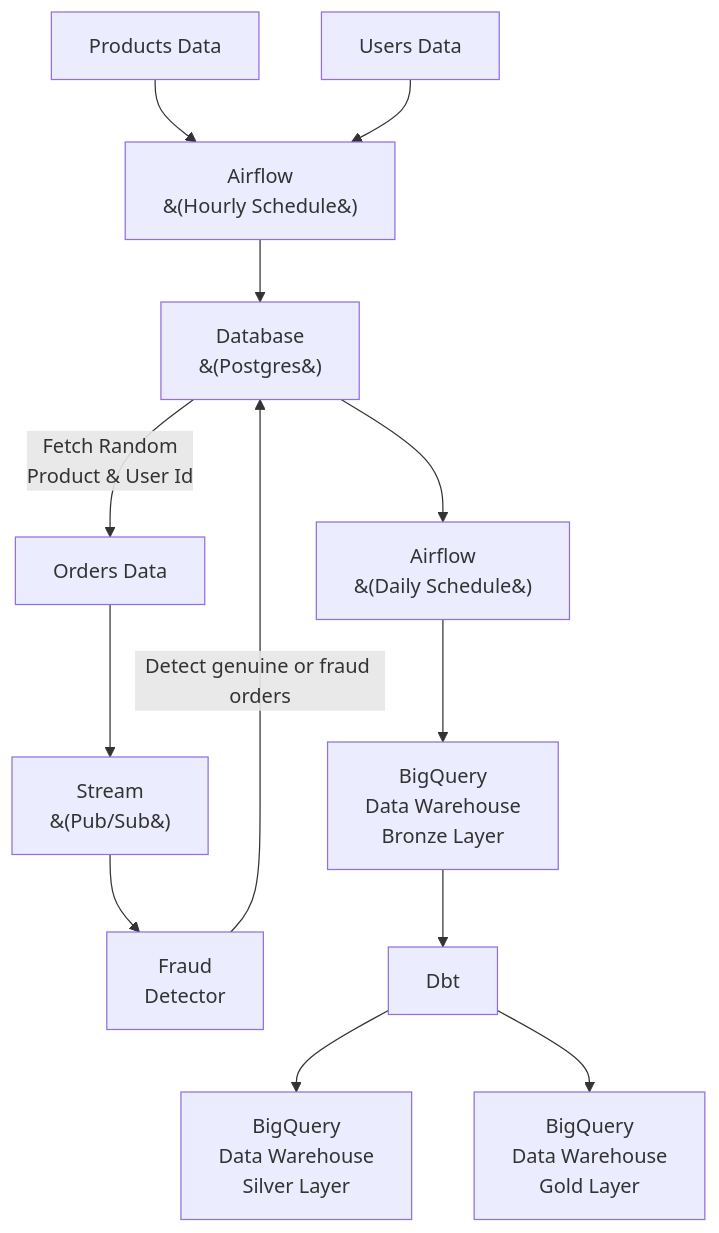
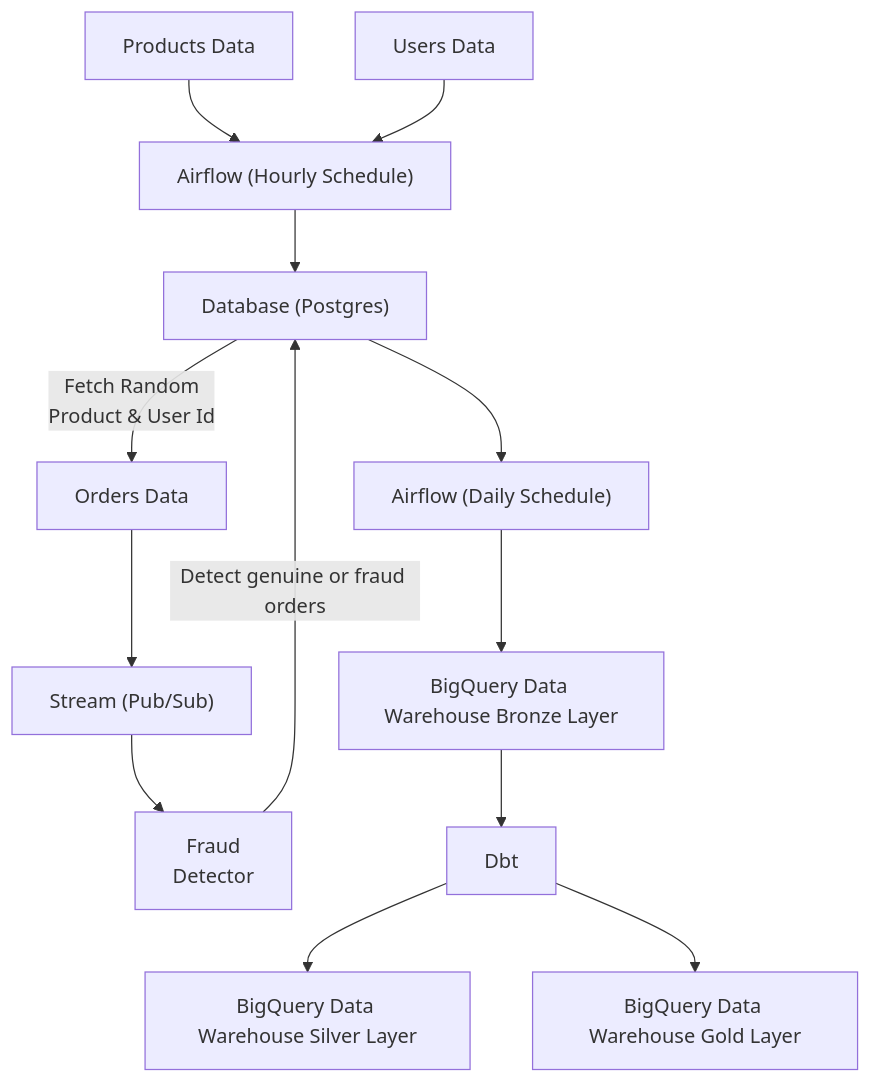
One commit to ramadhantaAkmal/ecommerce-batch-streaming-pipeline changed the diagram in README.md. Above: the diagram before and after it, drawn with Mermaid.

Commit message:
Fix formatting issues in README.md
Updated the README to correct formatting for Stream, DB, BatchHourly, BatchDaily, DWHBronze, DWHSilver, and DWHGold.

````diff
--- a/README.md
+++ b/README.md
@@ -25,29 +25,29 @@
 ```mermaid
     flowchart TD
       Products[Products Data]
       Users[Users Data]
       Orders[Orders Data]
-      Stream["Stream\n&#40;Pub/Sub&#41;"]
+      Stream["Stream #40;Pub/Sub#41;"]
       FraudSys[Fraud\nDetector]
-      DB[Database\n&#40;Postgres&#41;]
-      BatchHourly[Airflow\n&#40;Hourly Schedule&#41;]
-      BatchDaily[Airflow\n&#40;Daily Schedule&#41;]
-      DWHBronze[BigQuery\nData Warehouse\nBronze Layer]
-      DWHSilver[BigQuery\nData Warehouse\nSilver Layer]
-      DWHGold[BigQuery\nData Warehouse\nGold Layer]
+      DB[Database #40;Postgres#41;]
+      BatchHourly[Airflow #40;Hourly Schedule#41;]
+      BatchDaily[Airflow #40;Daily Schedule#41;]
+      DWHBronze[BigQuery Data Warehouse Bronze Layer]
+      DWHSilver[BigQuery Data Warehouse Silver Layer]
+      DWHGold[BigQuery Data Warehouse Gold Layer]
       DBT[Dbt]
 
       Products --> BatchHourly
       Users --> BatchHourly
       Orders --> Stream
       Stream --> FraudSys
       BatchHourly --> DB
       DB -->|Fetch Random\nProduct & User Id| Orders
       FraudSys --> |Detect genuine or fraud orders| DB
       DB --> BatchDaily
       BatchDaily --> DWHBronze
       DWHBronze --> DBT
       DBT --> DWHSilver
       DBT --> DWHGold
 
 ```
````
